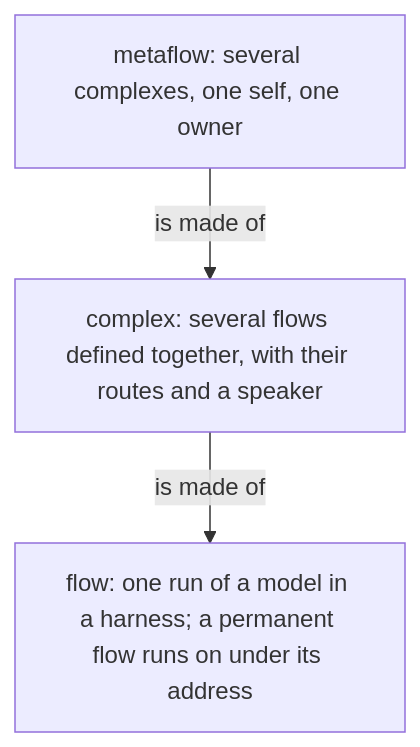
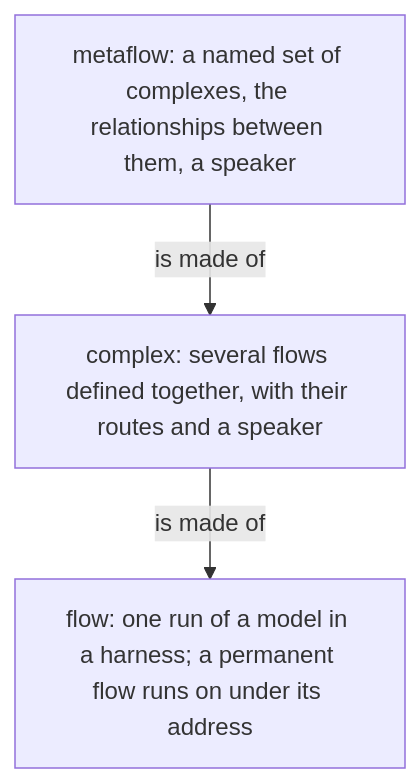
One commit to LiGoldragon/psyche-belief changed the first of 3 diagrams in vision/metaflow-v1.md. Above: the diagram before and after it, drawn with Mermaid. The commit also changed other lines of this file and 2 other files, not shown here.

````diff
--- a/vision/metaflow-v1.md
+++ b/vision/metaflow-v1.md
@@ -14,5 +16,5 @@
 ```mermaid
 flowchart TB
-    m["metaflow: several complexes, one self, one owner"] -- "is made of" --> c["complex: several flows defined together, with their routes and a speaker"]
+    m["metaflow: a named set of complexes, the relationships between them, a speaker"] -- "is made of" --> c["complex: several flows defined together, with their routes and a speaker"]
     c -- "is made of" --> f["flow: one run of a model in a harness; a permanent flow runs on under its address"]
 ```
````
